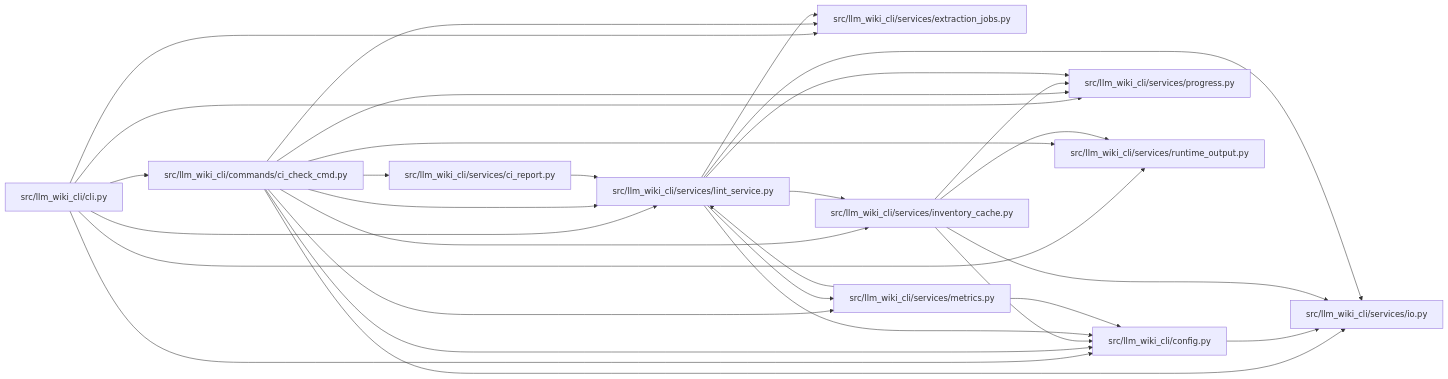
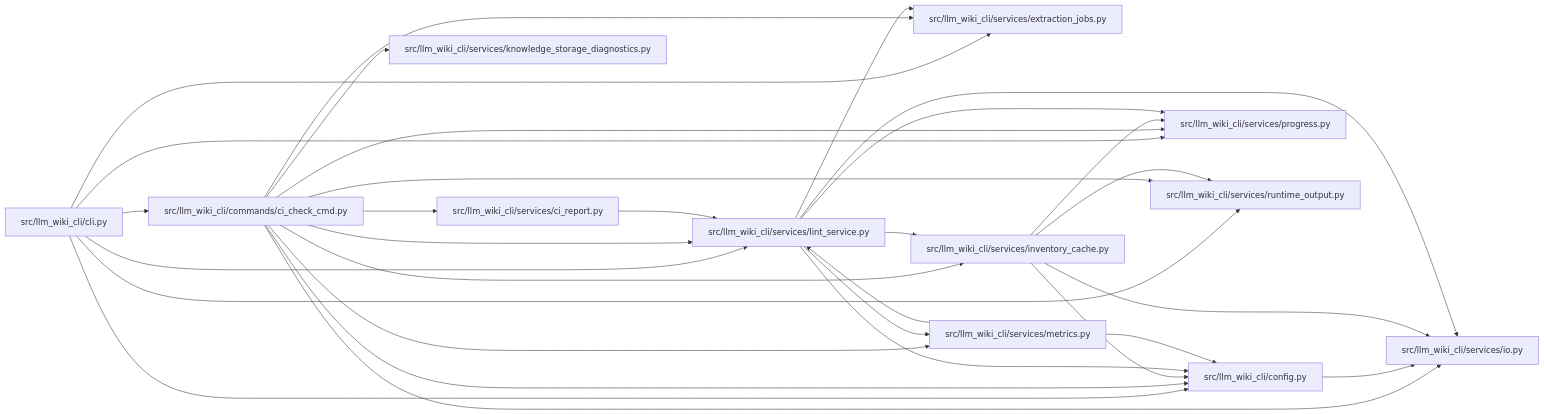
Before and after one commit to Denissvgn/python-wiki-llm: the diagram in docs/llm_wiki/modules/ci_check_cmd.md, drawn with Mermaid. The commit also changed other lines of this file and 865 other files, not shown here.

First line of the commit message:
Add native task workflows and scalable indexed knowledge storage (#35)

````diff
--- a/docs/llm_wiki/modules/ci_check_cmd.md
+++ b/docs/llm_wiki/modules/ci_check_cmd.md
@@ -35,54 +36,57 @@
 ```mermaid
 flowchart LR
     n0["src/llm_wiki_cli/cli.py"]
     n1["src/llm_wiki_cli/commands/ci_check_cmd.py"]
     n2["src/llm_wiki_cli/config.py"]
     n3["src/llm_wiki_cli/services/ci_report.py"]
     n4["src/llm_wiki_cli/services/extraction_jobs.py"]
     n5["src/llm_wiki_cli/services/inventory_cache.py"]
     n6["src/llm_wiki_cli/services/io.py"]
-    n7["src/llm_wiki_cli/services/lint_service.py"]
-    n8["src/llm_wiki_cli/services/metrics.py"]
-    n9["src/llm_wiki_cli/services/progress.py"]
-    n10["src/llm_wiki_cli/services/runtime_output.py"]
+    n7["src/llm_wiki_cli/services/knowledge_storage_diagnostics.py"]
+    n8["src/llm_wiki_cli/services/lint_service.py"]
+    n9["src/llm_wiki_cli/services/metrics.py"]
+    n10["src/llm_wiki_cli/services/progress.py"]
+    n11["src/llm_wiki_cli/services/runtime_output.py"]
     n0 --> n1
     n0 --> n2
     n0 --> n4
-    n0 --> n7
-    n0 --> n9
+    n0 --> n8
     n0 --> n10
+    n0 --> n11
     n1 --> n2
     n1 --> n3
     n1 --> n4
     n1 --> n5
     n1 --> n6
     n1 --> n7
     n1 --> n8
     n1 --> n9
     n1 --> n10
+    n1 --> n11
     n2 --> n6
-    n3 --> n7
+    n3 --> n8
     n5 --> n2
     n5 --> n6
-    n5 --> n9
     n5 --> n10
-    n7 --> n2
-    n7 --> n4
-    n7 --> n5
-    n7 --> n6
-    n7 --> n8
-    n7 --> n9
+    n5 --> n11
     n8 --> n2
-    n8 --> n7
+    n8 --> n4
+    n8 --> n5
+    n8 --> n6
+    n8 --> n9
+    n8 --> n10
+    n9 --> n2
+    n9 --> n8
     click n0 "../modules/cli.md"
     click n1 "../modules/ci_check_cmd.md"
     click n2 "../modules/config.md"
     click n3 "../modules/ci_report.md"
     click n4 "../modules/extraction_jobs.md"
     click n5 "../modules/inventory_cache.md"
     click n6 "../modules/io.md"
-    click n7 "../modules/lint_service.md"
-    click n8 "../modules/metrics.md"
-    click n9 "../modules/progress.md"
-    click n10 "../modules/runtime_output.md"
+    click n7 "../modules/knowledge_storage_diagnostics.md"
+    click n8 "../modules/lint_service.md"
+    click n9 "../modules/metrics.md"
+    click n10 "../modules/progress.md"
+    click n11 "../modules/runtime_output.md"
 ```
````
